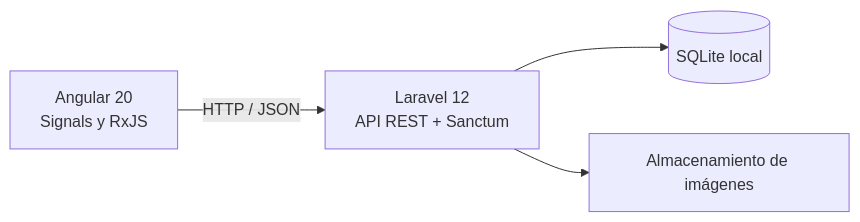
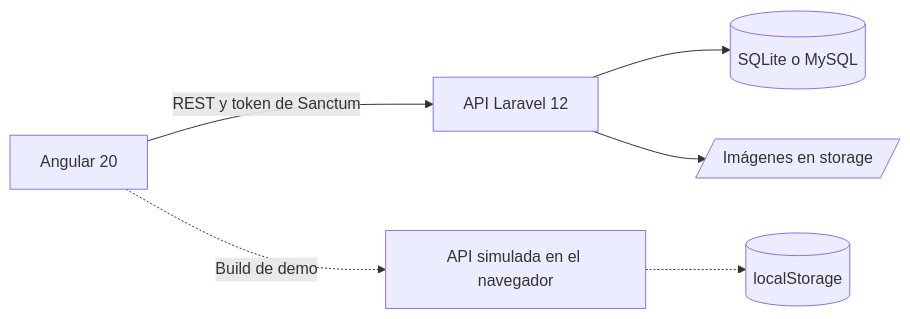
Before and after one commit to vanerb/Shop-Laravel-Angular: the diagram in README.md, drawn with Mermaid. The commit also changed other lines of this file, not shown here.

````diff
--- a/README.md
+++ b/README.md
@@ -49,6 +33,8 @@
 ```mermaid
 flowchart LR
-    Cliente[Angular 20<br/>Signals y RxJS] -->|HTTP / JSON| API[Laravel 12<br/>API REST + Sanctum]
-    API --> DB[(SQLite local)]
-    API --> Media[Almacenamiento de imágenes]
+    A[Angular 20] -->|REST y token de Sanctum| B[API Laravel 12]
+    B --> C[(SQLite o MySQL)]
+    B --> D[/Imágenes en storage/]
+    A -.->|Build de demo| E[API simulada en el navegador]
+    E -.-> F[(localStorage)]
 ```
````
